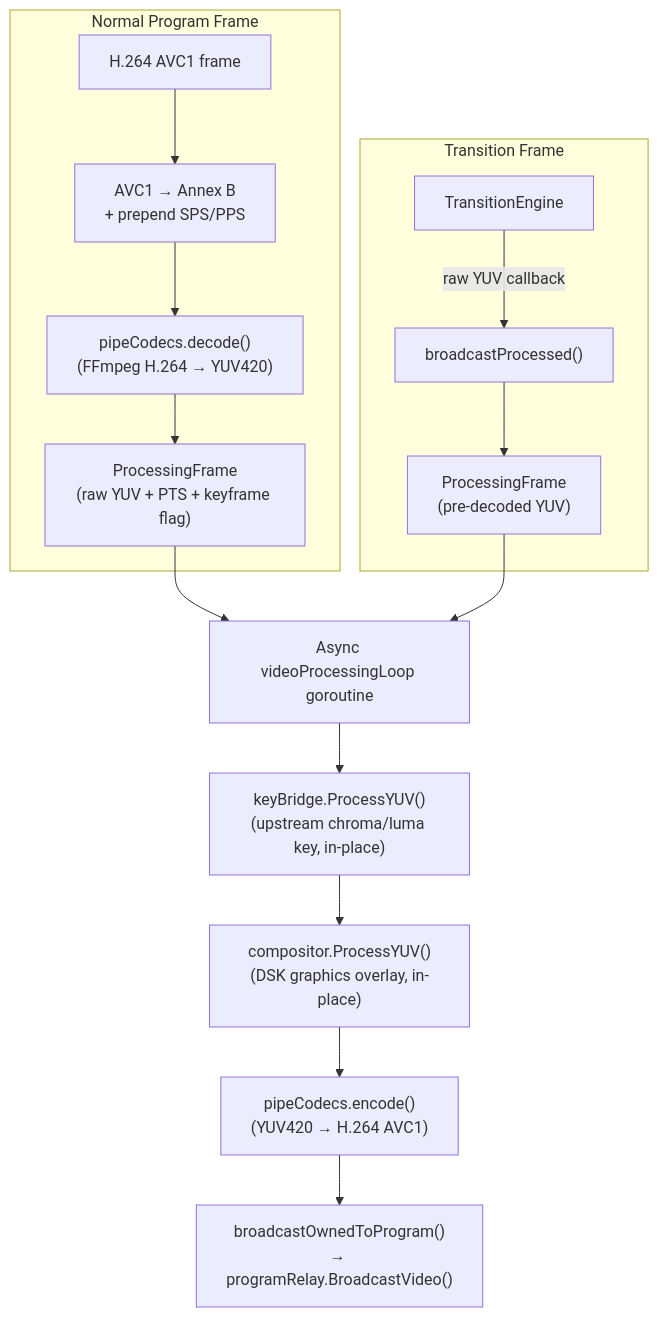
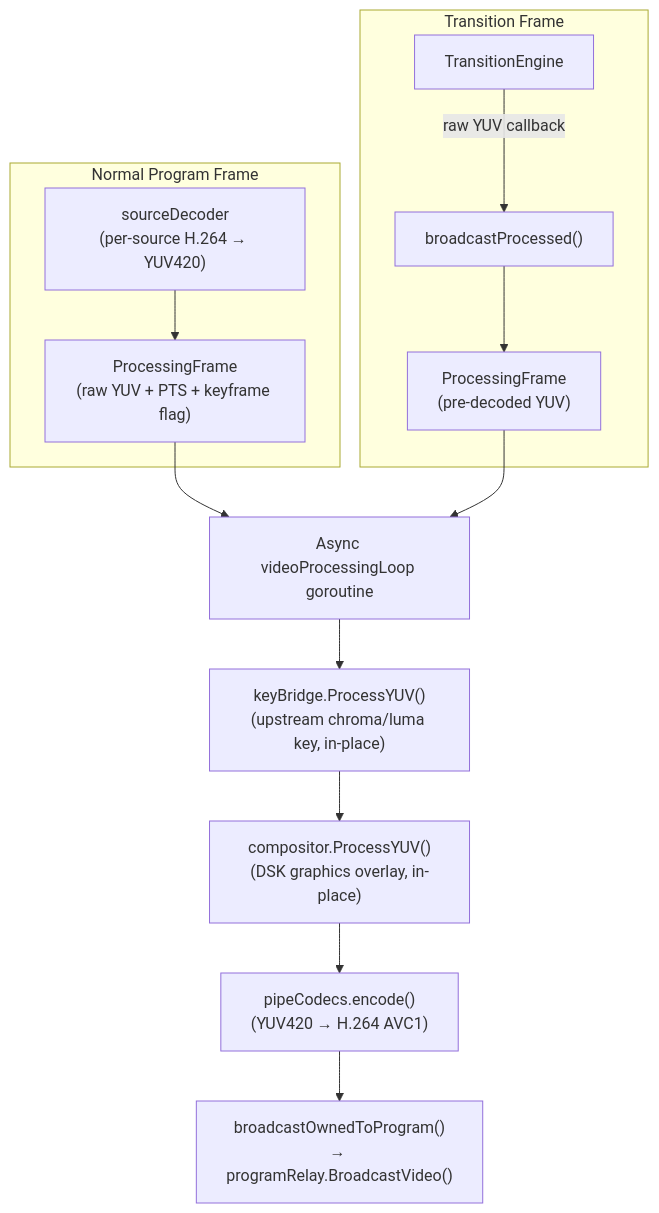
Diagram 15 of 23 in docs/architecture.md (zsiec/switchframe), drawn with Mermaid before and after one commit. The commit also changed other lines of this file and 6 other files, not shown here.

````diff
--- a/docs/architecture.md
+++ b/docs/architecture.md
@@ -896,21 +933,19 @@
 ```mermaid
 flowchart TD
     subgraph normal["Normal Program Frame"]
-        frame["H.264 AVC1 frame"] --> avc["AVC1 → Annex B<br/>+ prepend SPS/PPS"]
-        avc --> dec["pipeCodecs.decode()<br/>(FFmpeg H.264 → YUV420)"]
-        dec --> pf["ProcessingFrame<br/>(raw YUV + PTS + keyframe flag)"]
+        frame["sourceDecoder<br/>(per-source H.264 → YUV420)"] --> pf["ProcessingFrame<br/>(raw YUV + PTS + keyframe flag)"]
     end
 
     subgraph transition["Transition Frame"]
         te["TransitionEngine"] -->|"raw YUV callback"| bp["broadcastProcessed()"]
         bp --> pf2["ProcessingFrame<br/>(pre-decoded YUV)"]
     end
 
     pf --> proc["Async videoProcessingLoop goroutine"]
     pf2 --> proc
 
     proc --> key["keyBridge.ProcessYUV()<br/>(upstream chroma/luma key, in-place)"]
     key --> dsk["compositor.ProcessYUV()<br/>(DSK graphics overlay, in-place)"]
     dsk --> enc["pipeCodecs.encode()<br/>(YUV420 → H.264 AVC1)"]
     enc --> out["broadcastOwnedToProgram()<br/>→ programRelay.BroadcastVideo()"]
 ```
````
